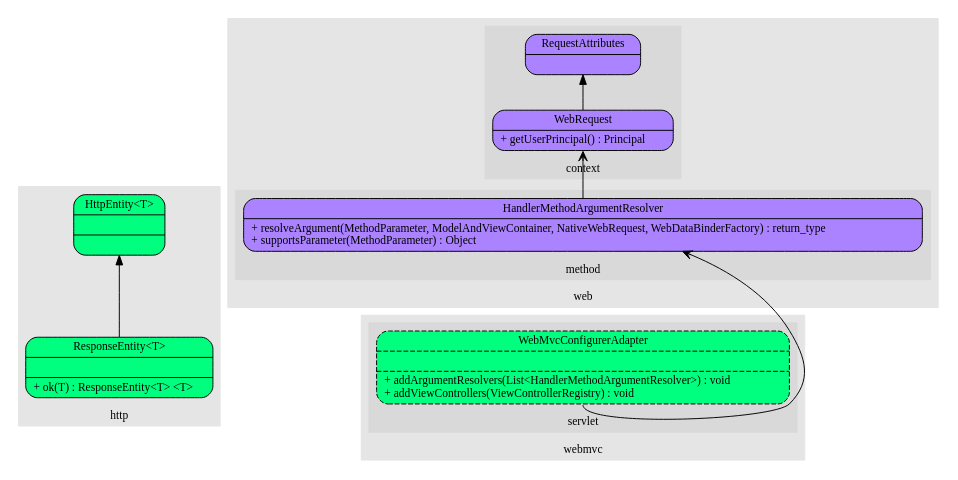
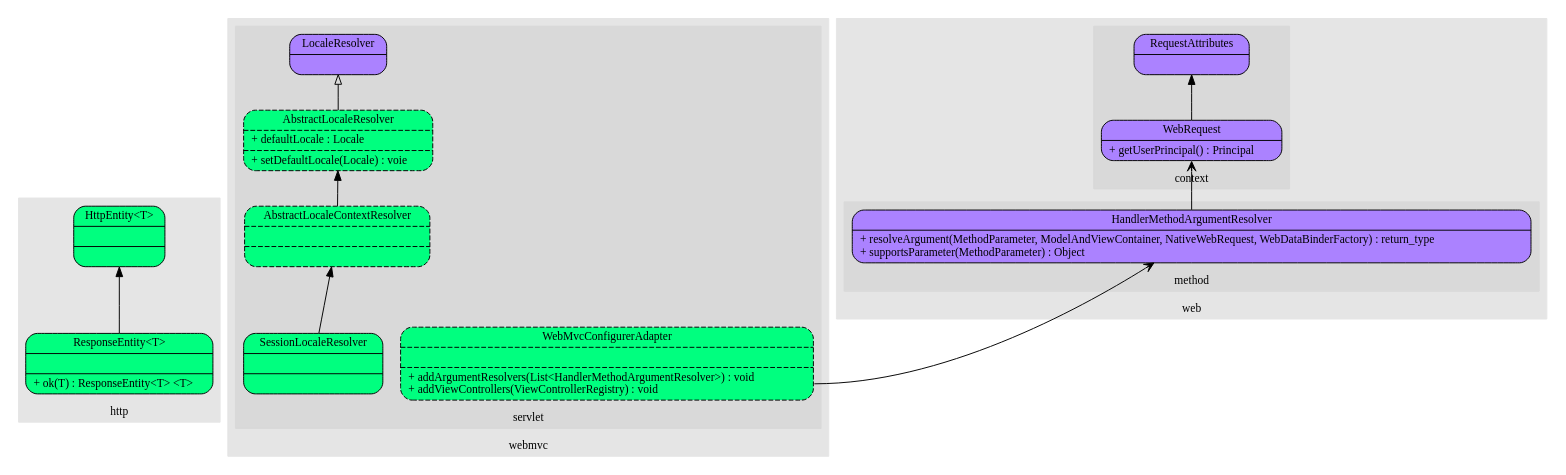
The diagram in Spring/mvc.dot (chris0103/spider-net), drawn with Graphviz before and after one commit.

```diff
--- a/Spring/mvc.dot
+++ b/Spring/mvc.dot
@@ -1,88 +1,96 @@
 digraph mvc {
 	rankdir = BT;
     fontname = "Verdana";
     fontsize = 12;
     node [fontname = "Verdana", fontsize = 12, shape = "record"];
     edge [fontname = "Verdana", fontsize = 12];
     
     subgraph cluster15 {
 		label = "http";
 		style = filled;
 		color = grey90;
 		HttpEntity [label = "{<f0>HttpEntity&lt;T&gt;|<f1>|<f2>}", style = "rounded, filled", fillcolor = "springgreen"];
 		ResponseEntity [label = "{<f0>ResponseEntity&lt;T&gt;|<f1>|<f2>+ ok(T) : ResponseEntity&lt;T&gt; &lt;T&gt;\l}", style = "rounded, filled", fillcolor = "springgreen"];
 		
     }
     
     subgraph cluster25 {
 		label = "web";
 		style = filled;
 		color = grey90;
 		subgraph cluster25 {
 			label = "context";
 			style = filled;
 			color = grey85;
 			RequestAttributes [label = "{<f0>RequestAttributes|<f2>}", style = "rounded, filled", fillcolor = "mediumpurple1"];
 			WebRequest [label = "{<f0>WebRequest|<f2>+ getUserPrincipal() : Principal\l}", style = "rounded, filled", fillcolor = "mediumpurple1"];
 		
 		}
 	    subgraph cluster75 {
     		label = "method";
 			style = filled;
 			color = grey85;
     		HandlerMethodArgumentResolver [label = "{<f0>HandlerMethodArgumentResolver|<f2>+ resolveArgument(MethodParameter, ModelAndViewContainer, NativeWebRequest, WebDataBinderFactory) : return_type\l+ supportsParameter(MethodParameter) : Object\l}", style = "rounded, filled", fillcolor = "mediumpurple1"];
     	}
 	}
     subgraph cluster75 {
 		label = "webmvc";
 		style = filled;
 		color = grey90;
 		subgraph cluster50 {
 			label = "servlet";
 			style = filled;
 			color = grey85;
+			AbstractLocaleContextResolver [label = "{<f0>AbstractLocaleContextResolver|<f1>|<f2>}", style = "rounded, filled, dashed", fillcolor = "springgreen"];
+			AbstractLocaleResolver [label = "{<f0>AbstractLocaleResolver|<f1>+ defaultLocale : Locale\l|<f2>+ setDefaultLocale(Locale) : voie\l}", style = "rounded, filled, dashed", fillcolor = "springgreen"];
+			LocaleResolver [label = "{<f0>LocaleResolver|<f2>}", style = "rounded, filled", fillcolor = "mediumpurple1"];
+			SessionLocaleResolver [label = "{<f0>SessionLocaleResolver|<f1>|<f2>}", style = "rounded, filled", fillcolor = "springgreen"];
 			WebMvcConfigurerAdapter [label = "{<f0>WebMvcConfigurerAdapter|<f1>|<f2>+ addArgumentResolvers(List&lt;HandlerMethodArgumentResolver&gt;) : void\l+ addViewControllers(ViewControllerRegistry) : void\l}", style = "rounded, filled, dashed", fillcolor = "springgreen"];
 		}
 	}
     
 	/*	
 	
 	// configuration node
 	node [shape = "record", style = "rounded, filled"];
 	
 	subgraph cluster00 {
 		label = "";
 		style = filled;
 		color = grey90;
 	}
 	
 	// item_name [label = "item_label", style = "filled", fillcolor = "palegreen"];
 	// record_name [shape = "record", label = "{{<f0>interface|{<f10>(other implementers)}}|(other methods)}"];
 	// record_without_properties [shape = "record", label = "{<f0>label|<f1>value}"];
 	// record_with_properties [shape = "record", label = "{<f0>label|<f1>value|{{<f20>property|<f21>value}}}"];
 	// interface_minor [shape = "plaintext", label = "Interface_minor"];
 	// interface [label = "{<f0>Interface|<f2>+ method() : return_type\l}", style = "rounded, filled", fillcolor = "mediumpurple1"];
 	// abstract_class [label = "{<f0>Abstract_Class|<f1>+ field1 : type\l+ field2 : type\l|<f2>&#170; abstract_method() : return_type\l&#537; static_method() : return_type\l+ method() : return_type\l}", style = "rounded, filled, dashed", fillcolor = "springgreen"];
 	// class [label = "{<f0>Class|<f1>+ field1 : type\l+ field2 : type\l&#10765; final_field : type\l&#537; static_field : type\l|<f2>+ method() : return_type\l&#537; static_method() : return_type\l&#186; overriden_method() : return_type\l}", style = "rounded, filled", fillcolor = "springgreen"];
 	// bean_record [label = "{<f0>beanId|<f1>beanClass|{{<f20>property1|<f21>property2}}}"];
 	// module_record [label = "{<f0>artifactId|<f1>projectName}"];
 	*/
 	
 	ResponseEntity -> HttpEntity;
 	
 	WebMvcConfigurerAdapter:f2 -> HandlerMethodArgumentResolver [arrowhead = "vee"];
 	HandlerMethodArgumentResolver -> WebRequest:f2 [arrowhead = "vee"];
 	WebRequest -> RequestAttributes;
 	
+	AbstractLocaleResolver -> LocaleResolver [arrowhead = "empty"];
+	AbstractLocaleContextResolver -> AbstractLocaleResolver;
+	SessionLocaleResolver -> AbstractLocaleContextResolver;
+	
 	// Implementation -> Interface [arrowhead = "empty"];
 	// Subclass -> Class;
 	// SubInterface -> Interface;	
 	// Referer -> Referee [arrowhead = "vee"];
 	// Implementation -> InterfaceMinor [arrowhead = "odot"];	
 	
 	// This is commented for dot to run, but it SHOULD BE uncommented as soon as dot works fine again
 	// ****************** dot cracks from below ******************** //
 	// ill link;
 	
 	// current is current_progress_item
 }
```
